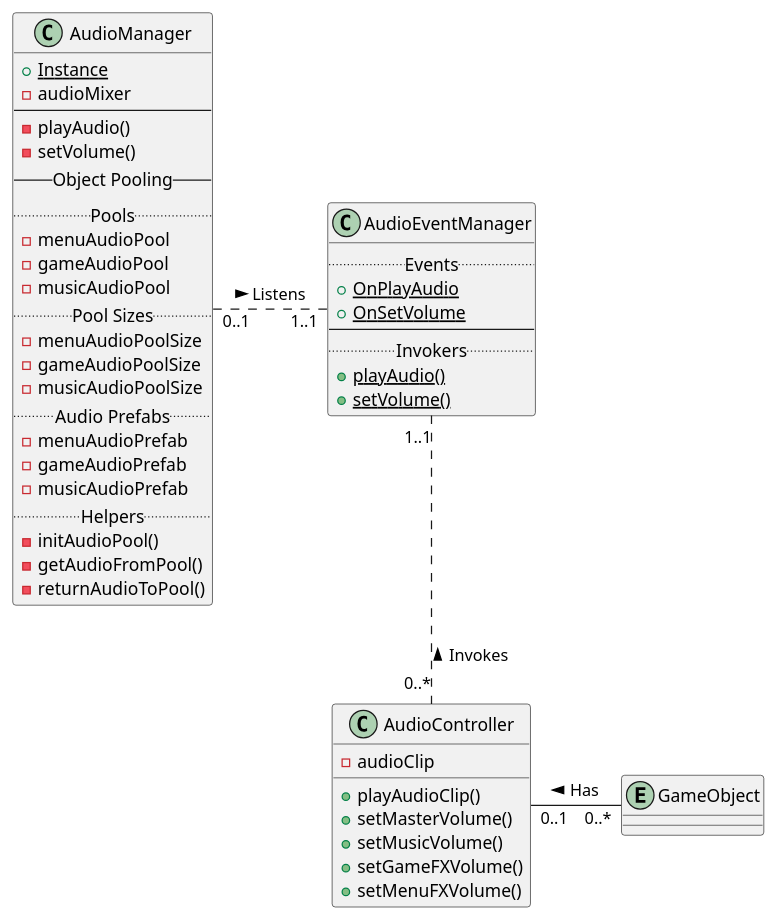
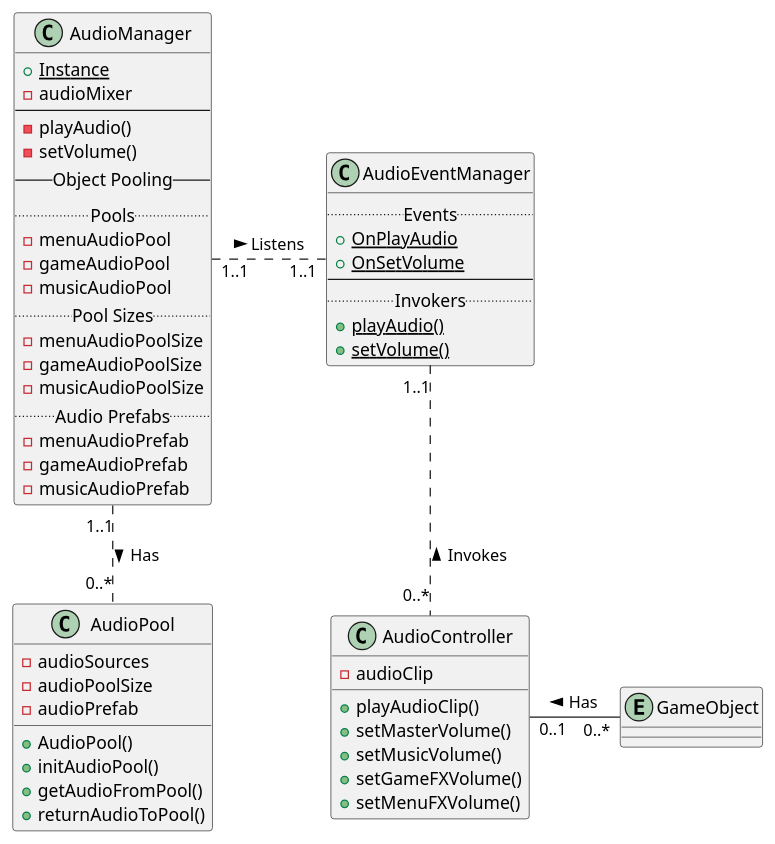
One commit to jskelly2021/Journey changed the diagram in UML/audiosystem.iuml. Above: the diagram before and after it, drawn with PlantUML. The commit also changed 1 other file, not shown here.

Commit message:
Updated UML and added a test song

```diff
--- a/UML/audiosystem.iuml
+++ b/UML/audiosystem.iuml
@@ -1,52 +1,59 @@
 @startuml inputsystem
 class AudioManager {
     {static} +Instance
     -audioMixer
     ---
     -playAudio()
     -setVolume()
     --Object Pooling--
     ..Pools..
     -menuAudioPool
     -gameAudioPool
     -musicAudioPool
     ..Pool Sizes..
     -menuAudioPoolSize
     -gameAudioPoolSize
     -musicAudioPoolSize
     ..Audio Prefabs..
     -menuAudioPrefab
     -gameAudioPrefab
     -musicAudioPrefab
-    ..Helpers..
-    -initAudioPool()
-    -getAudioFromPool()
-    -returnAudioToPool()
+}
+
+class AudioPool {
+    -audioSources
+    -audioPoolSize
+    -audioPrefab
+    +AudioPool()
+    +initAudioPool()
+    +getAudioFromPool()
+    +returnAudioToPool()
 }
 
 class AudioController {
     -audioClip
     +playAudioClip()
     +setMasterVolume()
     +setMusicVolume()
     +setGameFXVolume()
     +setMenuFXVolume()
 }
 
 class AudioEventManager {
     ..Events..
     {static} +OnPlayAudio
     {static} +OnSetVolume
     ---
     ..Invokers..
     {static} +playAudio()
     {static} +setVolume()
 }
 
 entity GameObject
 
-AudioManager       "0..1"    .right.    "1..1"    AudioEventManager    : "Listens >"
+AudioManager       "1..1"    .right.    "1..1"    AudioEventManager    : "Listens >"
+AudioManager       "1..1"    .down.     "0..*"    AudioPool            : "Has >"
 AudioController    "0..*"    .up.       "1..1"    AudioEventManager    : "Invokes >"
 AudioController    "0..1"    -right-    "0..*"    GameObject           : "Has <"
 
 @enduml
```
